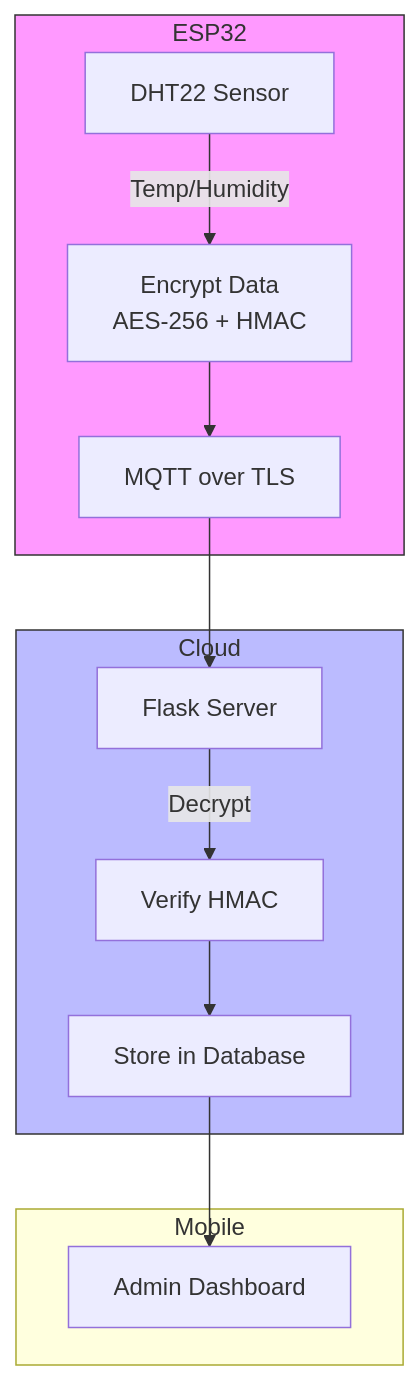
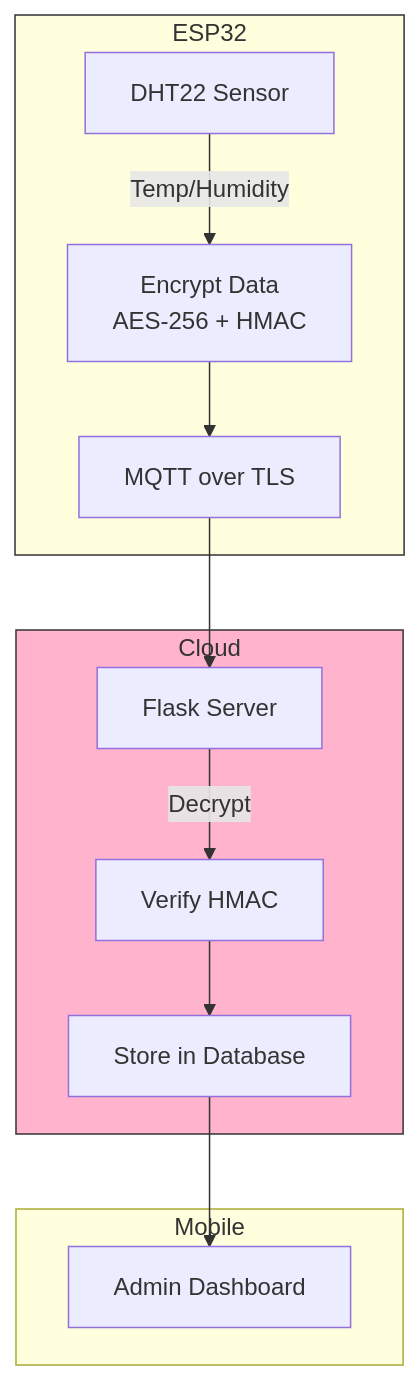
One commit to rm-codes11/SecureSense changed the diagram in architecture.mmd. Above: the diagram before and after it, drawn with Mermaid.

```diff
--- a/architecture.mmd
+++ b/architecture.mmd
@@ -1,19 +1,19 @@
 %% architecture.mmd
 flowchart TD
     subgraph ESP32
         A[DHT22 Sensor] -->|Temp/Humidity| B[Encrypt Data\nAES-256 + HMAC]
         B --> C[MQTT over TLS]
     end
 
     subgraph Cloud
         C --> D[Flask Server]
         D -->|Decrypt| E[Verify HMAC]
         E --> F[Store in Database]
     end
 
     subgraph Mobile
         F --> G[Admin Dashboard]
     end
 
-    style ESP32 fill:#f9f,stroke:#333
-    style Cloud fill:#bbf,stroke:#333
+    style ESP32 fill:##80ffd4,stroke:#333
+    style Cloud fill:#ffb3cc,stroke:#333
```
